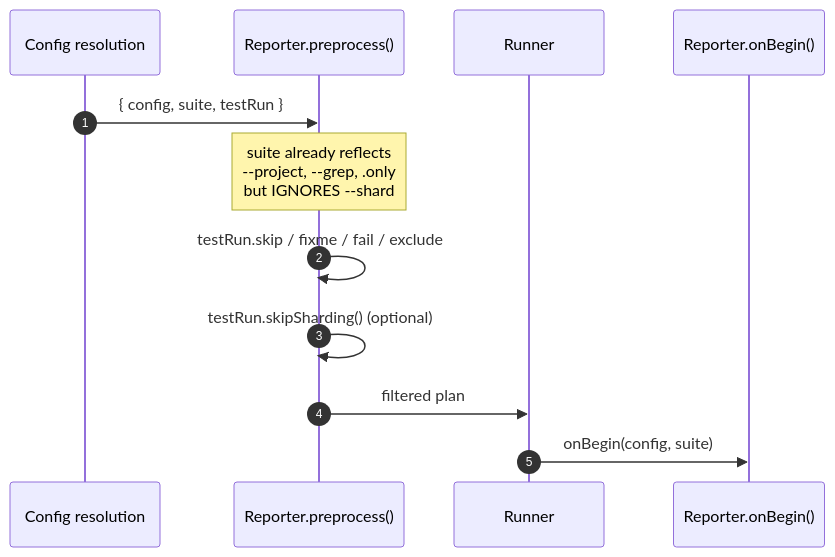
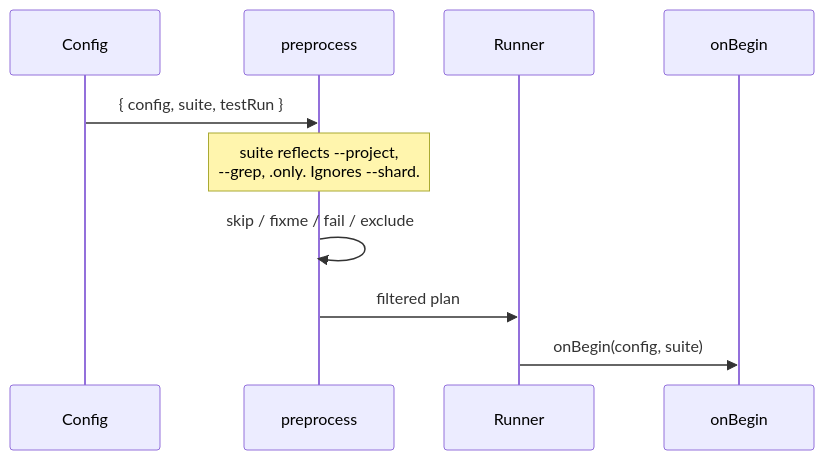
The fourth of 4 diagrams in 1.62/readme.md (testdino-hq/playwright-releases), drawn with Mermaid before and after one commit. The commit also changed other lines of this file and 4 other files, not shown here.

````diff
--- a/1.62/readme.md
+++ b/1.62/readme.md
@@ -275,15 +127,8 @@
 ```mermaid
 sequenceDiagram
-    autonumber
-    participant C as Config resolution
-    participant P as Reporter.preprocess()
-    participant R as Runner
-    participant B as Reporter.onBegin()
-
-    C->>P: { config, suite, testRun }
-    Note over P: suite already reflects<br/>--project, --grep, .only<br/>but IGNORES --shard
-    P->>P: testRun.skip / fixme / fail / exclude
-    P->>P: testRun.skipSharding() (optional)
-    P->>R: filtered plan
-    R->>B: onBegin(config, suite)
+    Config->>preprocess: { config, suite, testRun }
+    Note over preprocess: suite reflects --project,<br/>--grep, .only. Ignores --shard.
+    preprocess->>preprocess: skip / fixme / fail / exclude
+    preprocess->>Runner: filtered plan
+    Runner->>onBegin: onBegin(config, suite)
 ```
````
